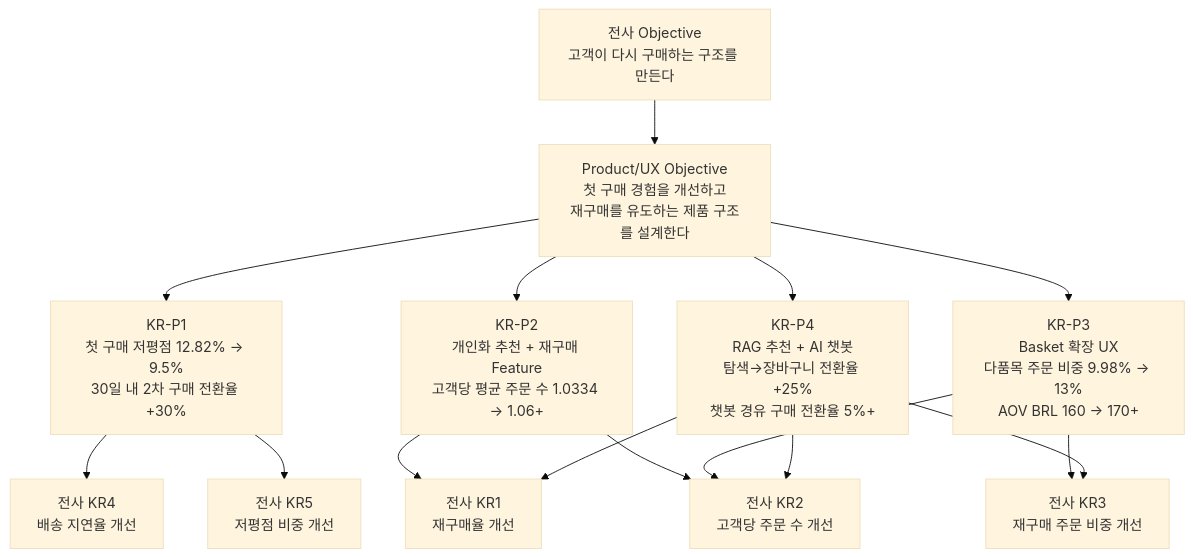
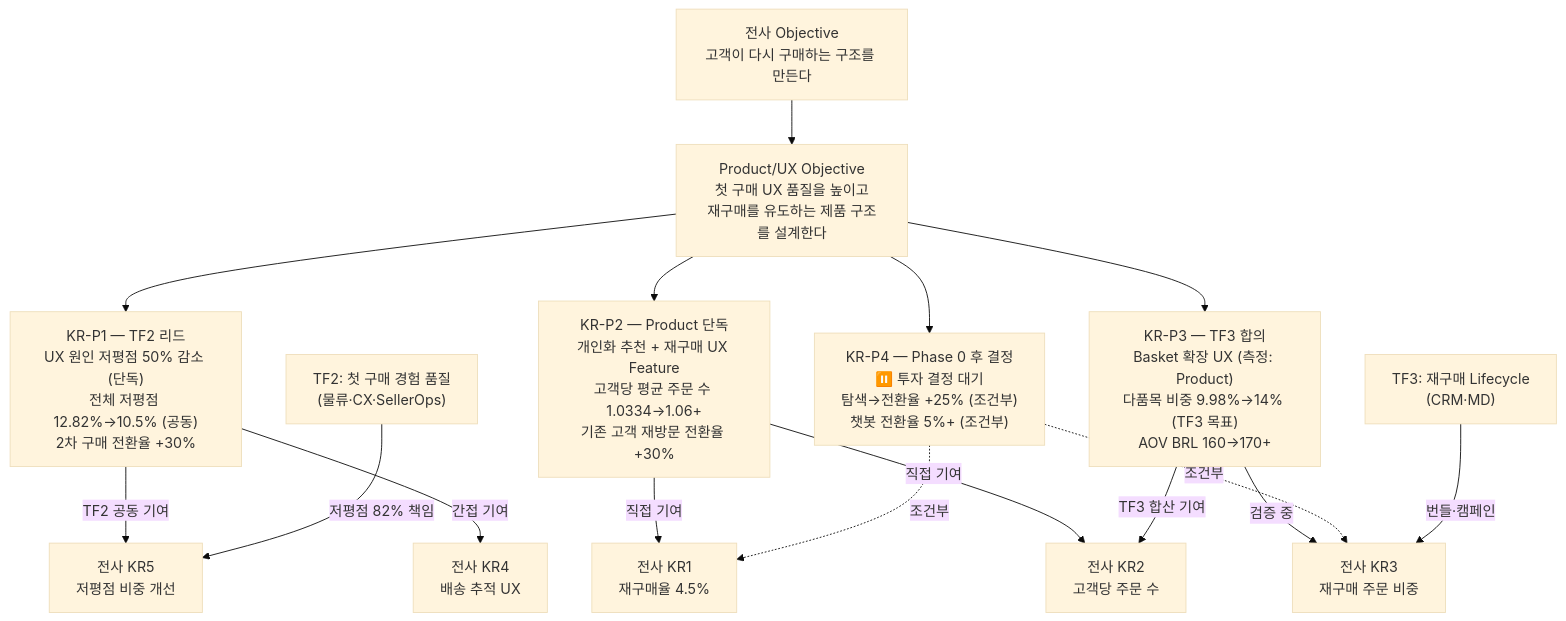
Before and after one commit to ajh8156/project-2: the ninth of 9 diagrams in team/product/product.md, drawn with Mermaid (base theme). The commit also changed other lines of this file and 8 other files, not shown here.

````diff
--- a/team/product/product.md
+++ b/team/product/product.md
@@ -471,19 +960,21 @@
 ```mermaid
 flowchart TD
-    O["전사 Objective<br/>고객이 다시 구매하는 구조를 만든다"] --> P_O["Product/UX Objective<br/>첫 구매 경험을 개선하고<br/>재구매를 유도하는 제품 구조를 설계한다"]
+    O["전사 Objective<br/>고객이 다시 구매하는 구조를 만든다"] --> P_O["Product/UX Objective<br/>첫 구매 UX 품질을 높이고<br/>재구매를 유도하는 제품 구조를 설계한다"]
 
-    P_O --> PKR1["KR-P1<br/>첫 구매 저평점 12.82% → 9.5%<br/>30일 내 2차 구매 전환율 +30%"]
-    P_O --> PKR2["KR-P2<br/>개인화 추천 + 재구매 Feature<br/>고객당 평균 주문 수 1.0334 → 1.06+"]
-    P_O --> PKR3["KR-P3<br/>Basket 확장 UX<br/>다품목 주문 비중 9.98% → 13%<br/>AOV BRL 160 → 170+"]
-    P_O --> PKR4["KR-P4<br/>RAG 추천 + AI 챗봇<br/>탐색→장바구니 전환율 +25%<br/>챗봇 경유 구매 전환율 5%+"]
+    P_O --> PKR1["KR-P1 — TF2 리드<br/>UX 원인 저평점 50% 감소 (단독)<br/>전체 저평점 12.82%→10.5% (공동)<br/>2차 구매 전환율 +30%"]
+    P_O --> PKR2["KR-P2 — Product 단독<br/>개인화 추천 + 재구매 UX Feature<br/>고객당 평균 주문 수 1.0334→1.06+<br/>기존 고객 재방문 전환율 +30%"]
+    P_O --> PKR3["KR-P3 — TF3 합의<br/>Basket 확장 UX (측정: Product)<br/>다품목 비중 9.98%→14% (TF3 목표)<br/>AOV BRL 160→170+"]
+    P_O --> PKR4["KR-P4 — Phase 0 후 결정<br/>⏸️ 투자 결정 대기<br/>탐색→전환율 +25% (조건부)<br/>챗봇 전환율 5%+ (조건부)"]
 
-    PKR1 --> KR4["전사 KR4<br/>배송 지연율 개선"]
-    PKR1 --> KR5["전사 KR5<br/>저평점 비중 개선"]
-    PKR2 --> KR1["전사 KR1<br/>재구매율 개선"]
-    PKR2 --> KR2["전사 KR2<br/>고객당 주문 수 개선"]
-    PKR3 --> KR2
-    PKR3 --> KR3["전사 KR3<br/>재구매 주문 비중 개선"]
-    PKR4 --> KR1
-    PKR4 --> KR2
-    PKR4 --> KR3
+    PKR1 -->|TF2 공동 기여| KR5["전사 KR5<br/>저평점 비중 개선"]
+    PKR1 -->|간접 기여| KR4["전사 KR4<br/>배송 추적 UX"]
+    PKR2 -->|직접 기여| KR1["전사 KR1<br/>재구매율 4.5%"]
+    PKR2 -->|직접 기여| KR2["전사 KR2<br/>고객당 주문 수"]
+    PKR3 -->|TF3 합산 기여| KR2
+    PKR3 -->|검증 중| KR3["전사 KR3<br/>재구매 주문 비중"]
+    PKR4 -.->|조건부| KR1
+    PKR4 -.->|조건부| KR3
+
+    TF2["TF2: 첫 구매 경험 품질<br/>(물류·CX·SellerOps)"] -->|저평점 82% 책임| KR5
+    TF3["TF3: 재구매 Lifecycle<br/>(CRM·MD)"] -->|번들·캠페인| KR3
 ```
````
